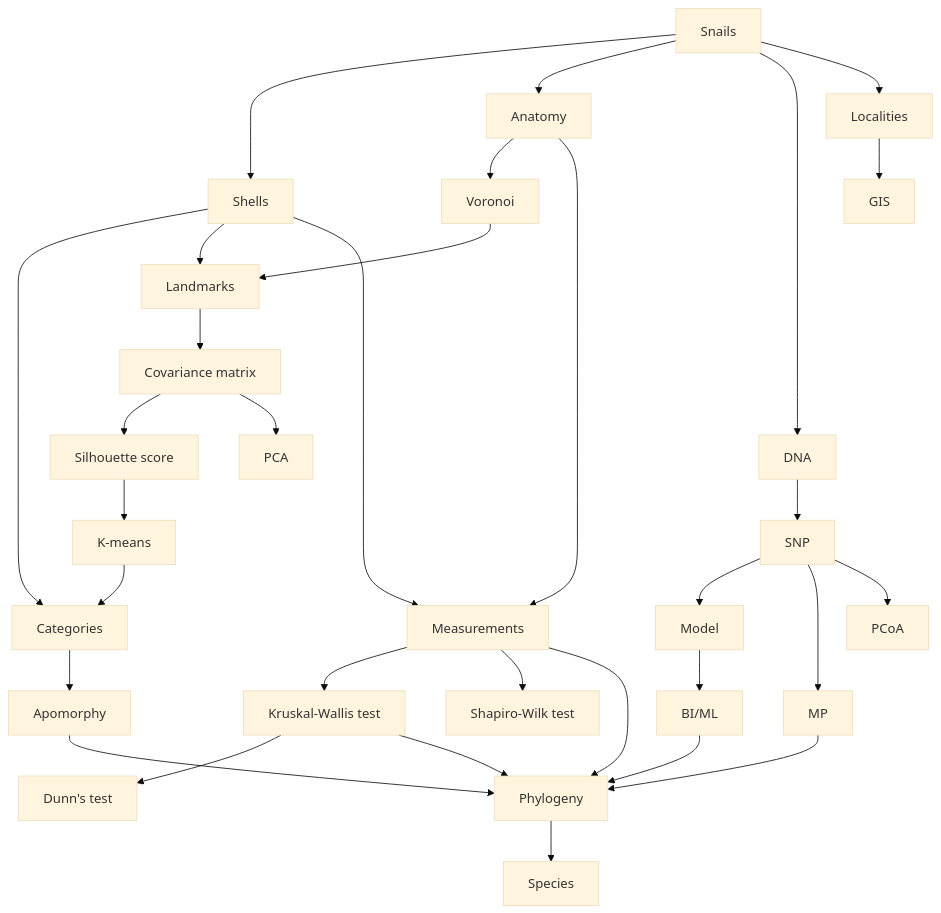
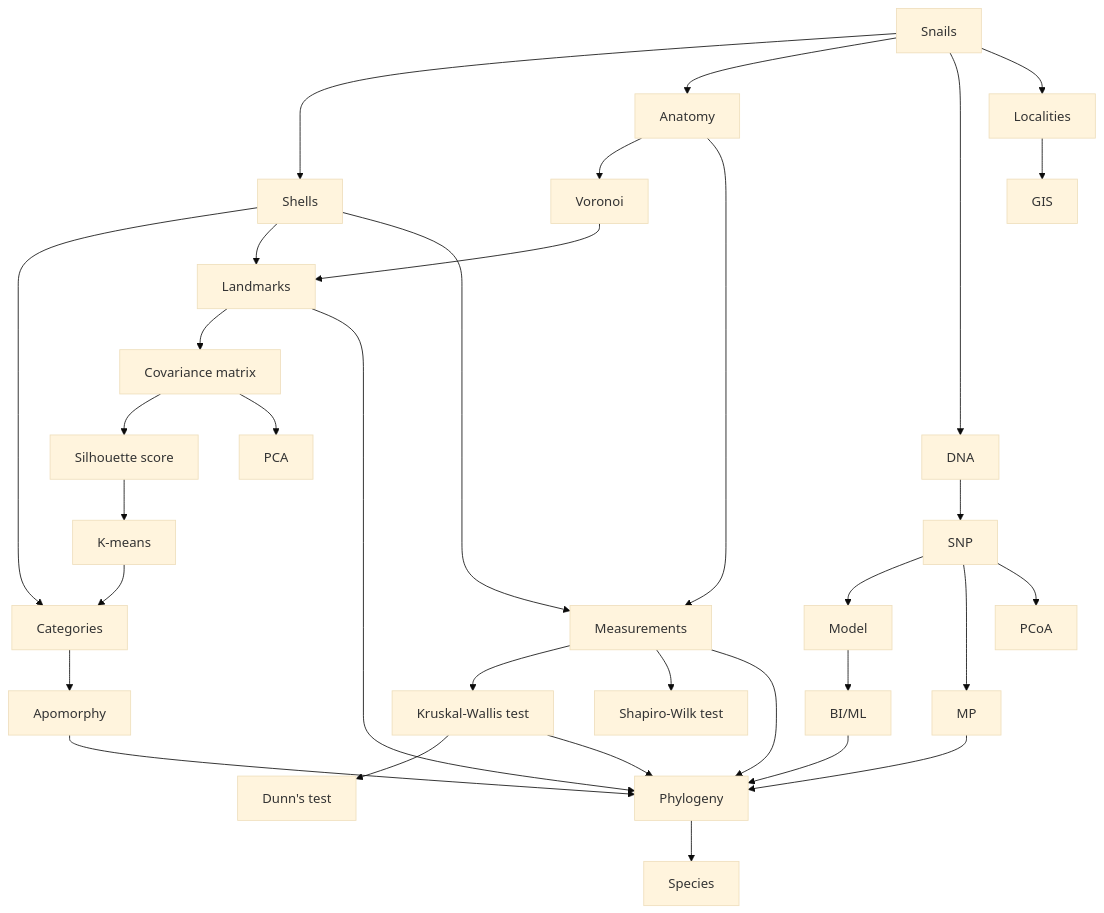
Before and after one commit to starsareintherose/Thersites-Data: the diagram in README.md, drawn with Mermaid (base theme). The commit also changed other lines of this file, not shown here.

````diff
--- a/README.md
+++ b/README.md
@@ -47,41 +49,42 @@
 ```mermaid
 graph TD
     A[Snails] --> B[Shells]
     A --> C[Anatomy]
     A --> D[DNA]
     A --> E[Localities]
 
     B --> B1[Categories]
     B --> B2[Landmarks]
     B --> B4[Measurements]
 
     B2 --> B3[Covariance matrix]
     B3 --> B7[Silhouette score]
     B7 --> B8[K-means]
     B8 --> B1
     B3 --> B5[PCA]
   
     C --> C1[Voronoi]
     C --> B4
     C1 --> B2
 
     B4 --> C2[Kruskal-Wallis test]
     B4 --> B6[Shapiro-Wilk test]
     B1 --> C3[Apomorphy]
     C2 --> C4[Dunn's test]
 
     C3 --> F1[Phylogeny]
+    B2 --> F1
     B4 --> F1
     C2 --> F1
 
     D --> D1[SNP]
     D1 --> D2[Model]
     D1 --> D3[MP]
     D2 --> D4[BI/ML]
     D4 --> F1
     D3 --> F1
     D1 --> D5[PCoA]
 
     E --> E1[GIS]
     F1 --> G[Species]
 ```
````
